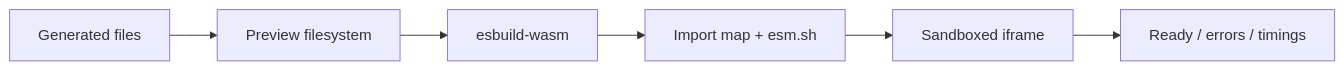
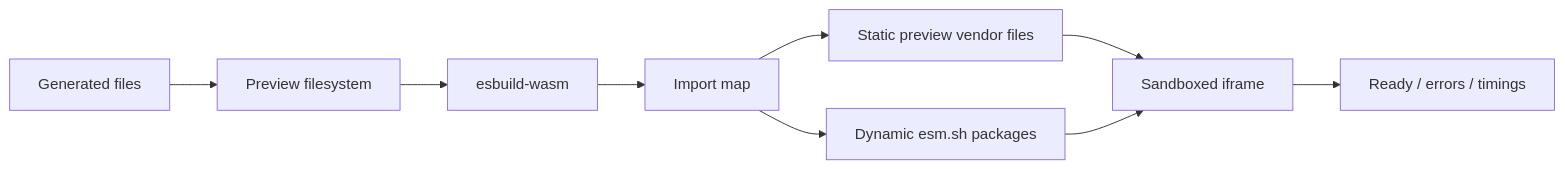
One commit to Nutlope/llamacoder changed the diagram in architecture.md. Above: the diagram before and after it, drawn with Mermaid. The commit also changed other lines of this file and 9 other files, not shown here.

````diff
--- a/architecture.md
+++ b/architecture.md
@@ -18,8 +18,11 @@
 ```mermaid
 flowchart LR
   A["Generated files"] --> B["Preview filesystem"]
   B --> C["esbuild-wasm"]
-  C --> D["Import map + esm.sh"]
-  D --> E["Sandboxed iframe"]
+  C --> D["Import map"]
+  D --> D1["Static preview vendor files"]
+  D --> D2["Dynamic esm.sh packages"]
+  D1 --> E["Sandboxed iframe"]
+  D2 --> E
   E --> F["Ready / errors / timings"]
 ```
````
